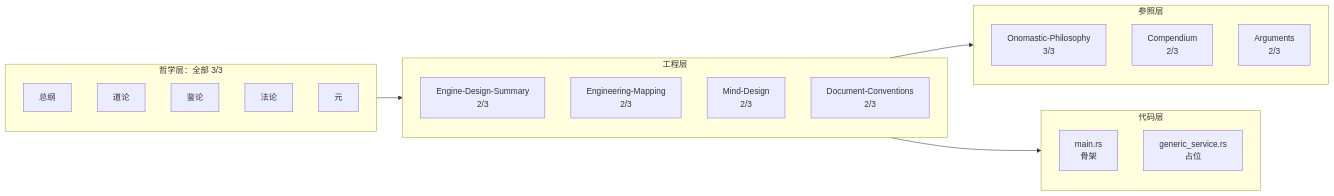
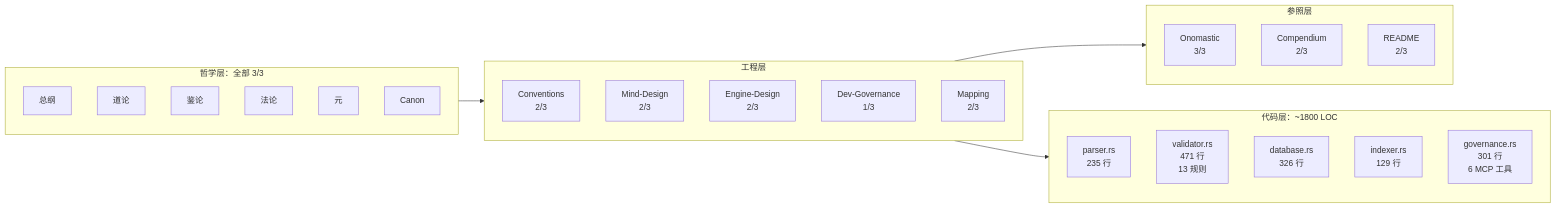
Before and after one commit to sgmov/sihankor: the first of 3 diagrams in docs/proposals/SiHankor-Engine-Roadmap.sih.md, drawn with Mermaid. The commit also changed other lines of this file, not shown here.

First line of the commit message:
roadmap: full refresh to 2/3 — Phase 1 retrospective + Phase 1a + system audit appendix

````diff
--- a/docs/proposals/SiHankor-Engine-Roadmap.sih.md
+++ b/docs/proposals/SiHankor-Engine-Roadmap.sih.md
@@ -27,32 +30,37 @@
 ```mermaid
 flowchart LR
     subgraph Philosophy["哲学层：全部 3/3"]
         P1["总纲"]
         P2["道论"]
         P3["鉴论"]
         P4["法论"]
         P5["元"]
+        P6["Canon"]
     end
 
     subgraph Engineering["工程层"]
-        E1["Engine-Design-Summary<br/>2/3"]
-        E2["Engineering-Mapping<br/>2/3"]
-        E3["Mind-Design<br/>2/3"]
-        E4["Document-Conventions<br/>2/3"]
+        E1["Conventions<br/>2/3"]
+        E2["Mind-Design<br/>2/3"]
+        E3["Engine-Design<br/>2/3"]
+        E4["Dev-Governance<br/>1/3"]
+        E5["Mapping<br/>2/3"]
     end
 
     subgraph Reference["参照层"]
-        R1["Onomastic-Philosophy<br/>3/3"]
+        R1["Onomastic<br/>3/3"]
         R2["Compendium<br/>2/3"]
-        R3["Arguments<br/>2/3"]
+        R3["README<br/>2/3"]
     end
 
-    subgraph Code["代码层"]
-        C1["main.rs<br/>骨架"]
-        C2["generic_service.rs<br/>占位"]
+    subgraph Code["代码层：~1800 LOC"]
+        C1["parser.rs<br/>235 行"]
+        C2["validator.rs<br/>471 行<br/>13 规则"]
+        C3["database.rs<br/>326 行"]
+        C4["indexer.rs<br/>129 行"]
+        C5["governance.rs<br/>301 行<br/>6 MCP 工具"]
     end
 
     Philosophy --> Engineering
     Engineering --> Reference
     Engineering --> Code
 ```
````
